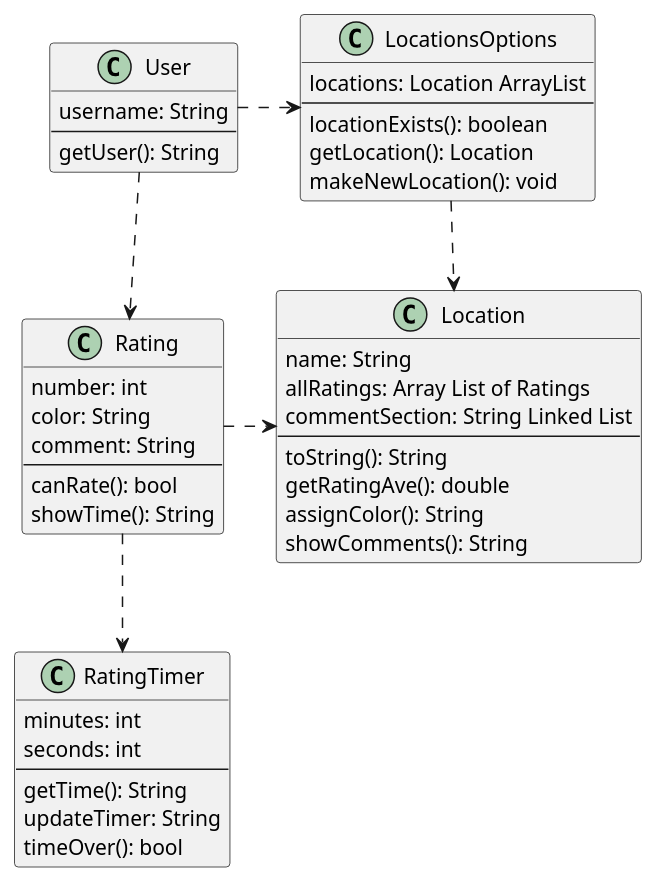
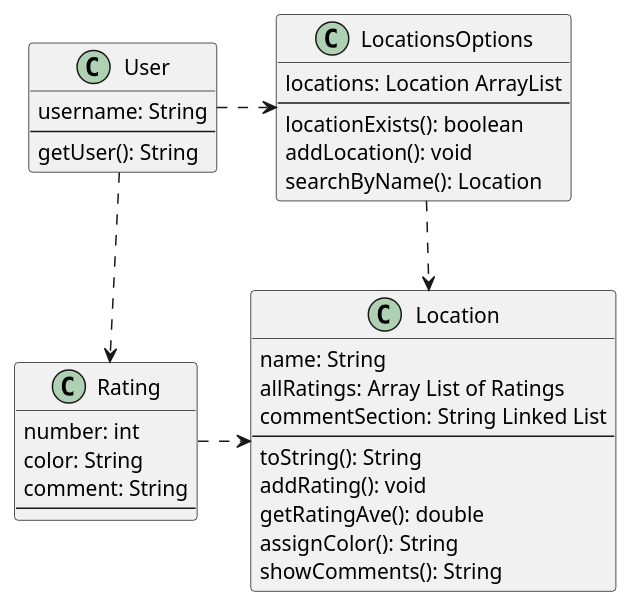
The second of 4 diagrams in intellij/documentation/design.md (manoushpajouh/Vassar-Crowdmeter), drawn with PlantUML before and after one commit.

Commit message:
updated class diagram

````diff
--- a/intellij/documentation/design.md
+++ b/intellij/documentation/design.md
@@ -50,54 +50,44 @@
 ```plantuml
 @startuml
 
 class User{
 username: String
 --
 getUser(): String
 }
 
 class Rating{
 number: int
 color: String
 comment: String
 --
-canRate(): bool
-showTime(): String
 }
 
 class LocationsOptions{
 locations: Location ArrayList 
 --
 locationExists(): boolean
-getLocation(): Location
-makeNewLocation(): void
+addLocation(): void
+searchByName(): Location
 }
 
 class Location {
 name: String
 allRatings: Array List of Ratings 
 commentSection: String Linked List 
 --
 toString(): String
+addRating(): void
 getRatingAve(): double
 assignColor(): String 
 showComments(): String
 }
 
-class RatingTimer{
-minutes: int
-seconds: int
---
-getTime(): String 
-updateTimer: String
-timeOver(): bool
-}
 
 User .down.> Rating
 User .> LocationsOptions
 Rating .right.> Location
 LocationsOptions .down.> Location
-Rating .down.> RatingTimer
 
 @enduml
 ```
````
